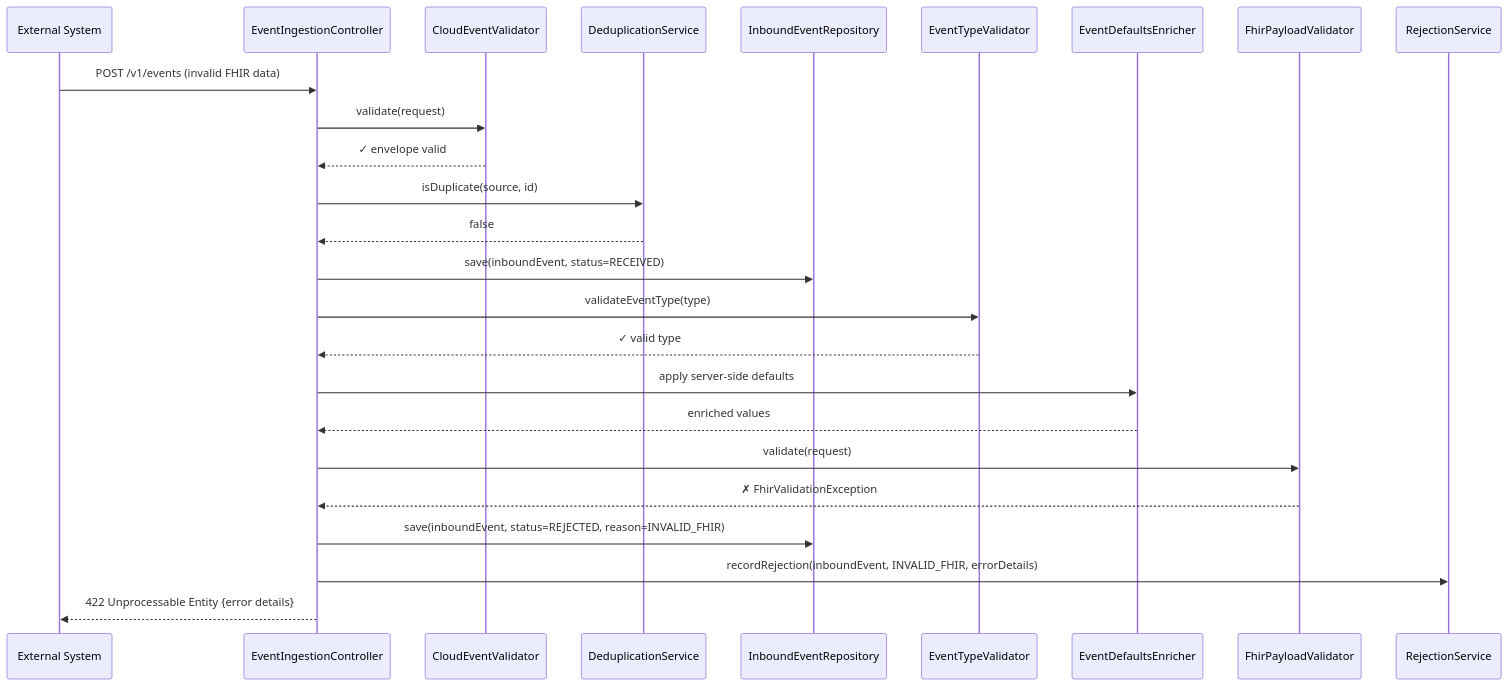
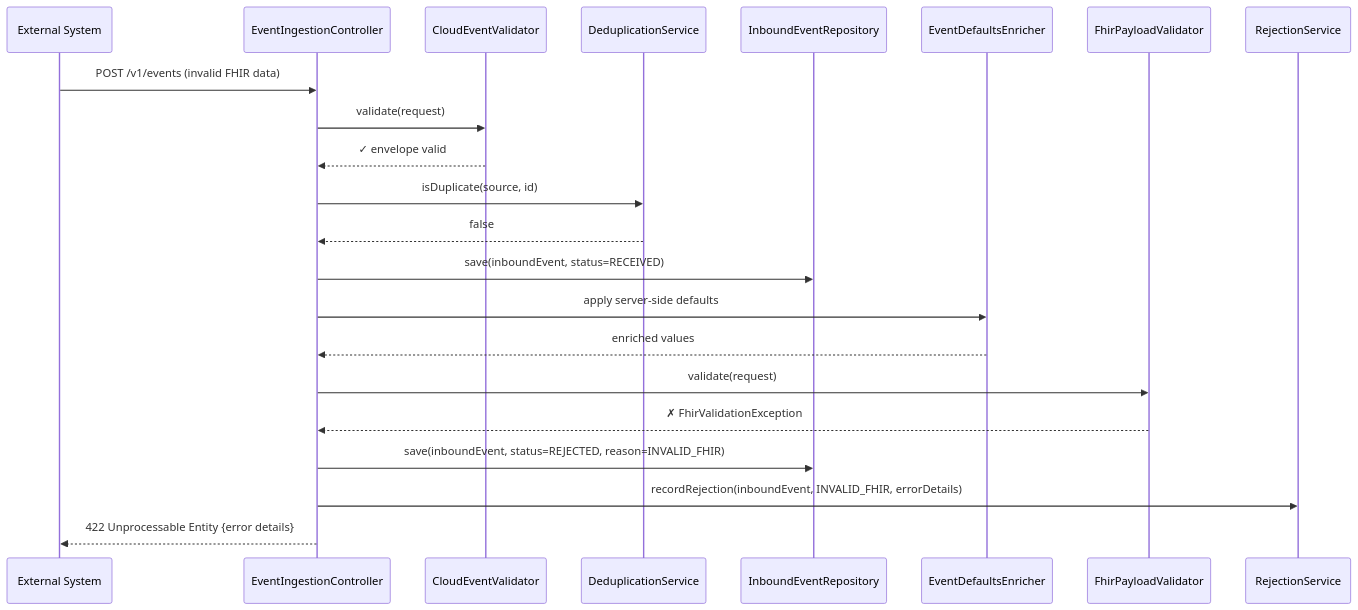
Before and after one commit to Jayaprakash8887/cce-collector-service: the third of 7 diagrams in docs/flow-diagrams.md, drawn with Mermaid. The commit also changed other lines of this file and 5 other files, not shown here.

````diff
--- a/docs/flow-diagrams.md
+++ b/docs/flow-diagrams.md
@@ -103,33 +95,30 @@
 ```mermaid
 sequenceDiagram
     participant Client as External System
     participant Controller as EventIngestionController
     participant Validator as CloudEventValidator
     participant Dedup as DeduplicationService
     participant Repo as InboundEventRepository
-    participant TypeValidator as EventTypeValidator
     participant Defaults as EventDefaultsEnricher
     participant FHIR as FhirPayloadValidator
     participant RS as RejectionService
 
     Client->>Controller: POST /v1/events (invalid FHIR data)
     Controller->>Validator: validate(request)
     Validator-->>Controller: ✓ envelope valid
 
     Controller->>Dedup: isDuplicate(source, id)
     Dedup-->>Controller: false
 
     Controller->>Repo: save(inboundEvent, status=RECEIVED)
-    Controller->>TypeValidator: validateEventType(type)
-    TypeValidator-->>Controller: ✓ valid type
     Controller->>Defaults: apply server-side defaults
     Defaults-->>Controller: enriched values
 
     Controller->>FHIR: validate(request)
     FHIR-->>Controller: ✗ FhirValidationException
 
     Controller->>Repo: save(inboundEvent, status=REJECTED, reason=INVALID_FHIR)
     Controller->>RS: recordRejection(inboundEvent, INVALID_FHIR, errorDetails)
 
     Controller-->>Client: 422 Unprocessable Entity {error details}
 ```
````
